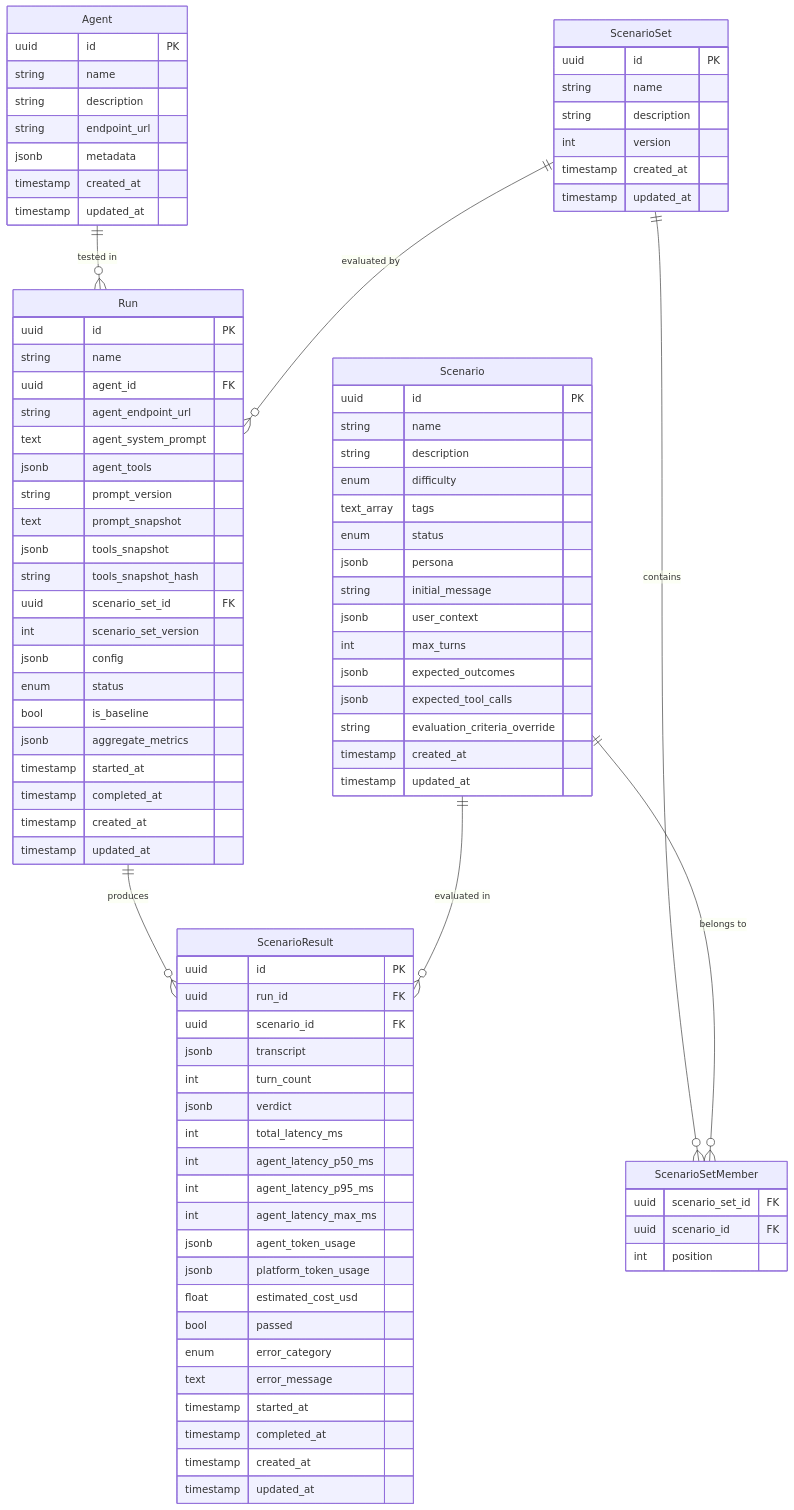
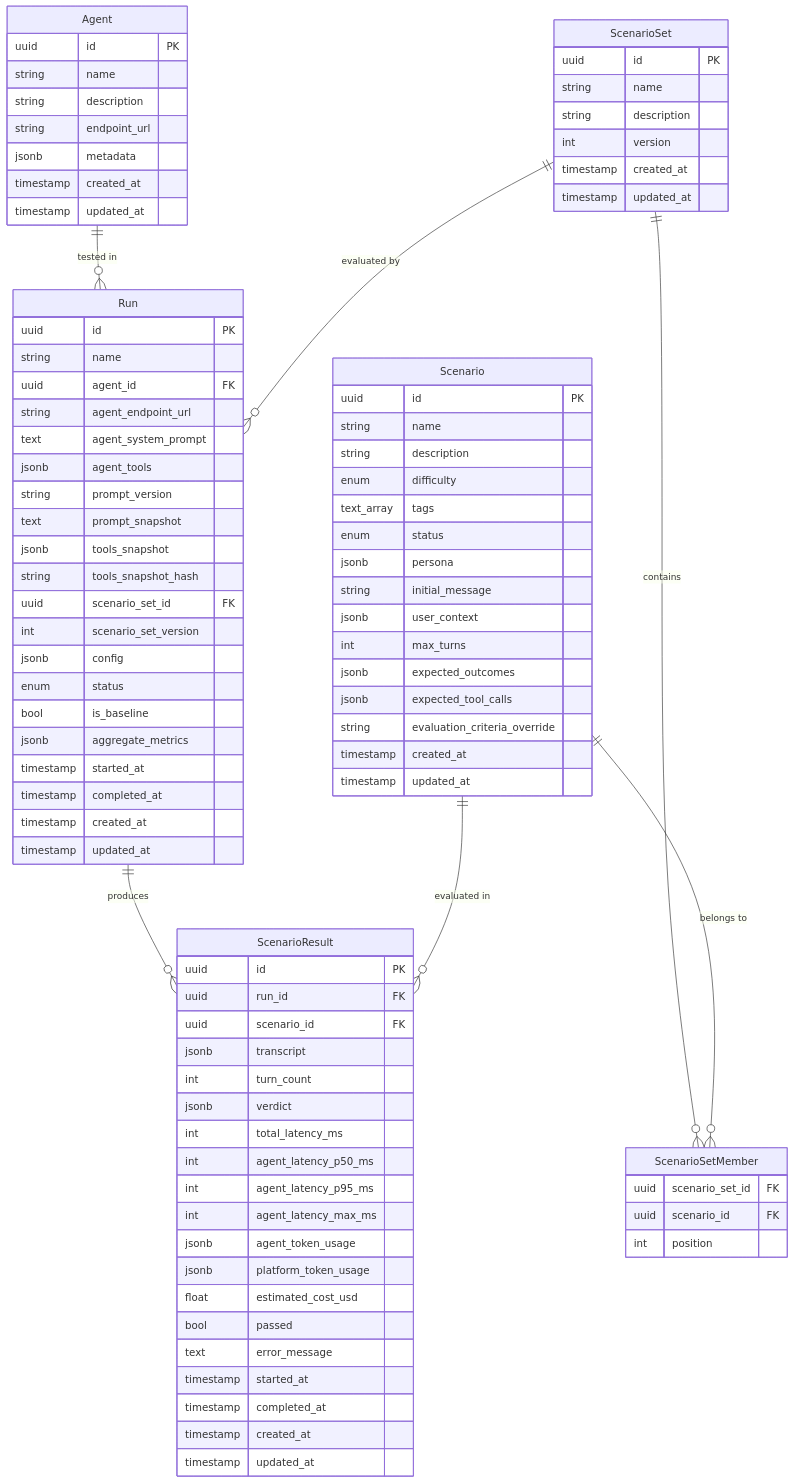
The diagram in docs/data-model.md (Connexity-AI/connexity-evals), drawn with Mermaid before and after one commit. The commit also changed other lines of this file and 15 other files, not shown here.

First line of the commit message:
refactor(judge): remove ErrorCategory system, add per-metric failure diagnostics

```diff
--- a/docs/data-model.md
+++ b/docs/data-model.md
@@ -92,7 +92,6 @@
         jsonb platform_token_usage
         float estimated_cost_usd
         bool passed
-        enum error_category
         text error_message
         timestamp started_at
         timestamp completed_at
```
